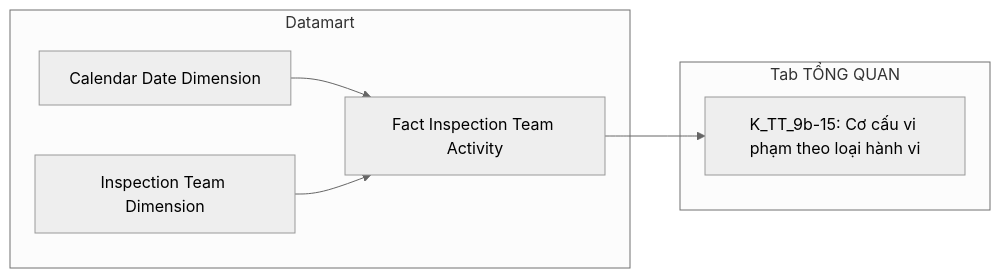
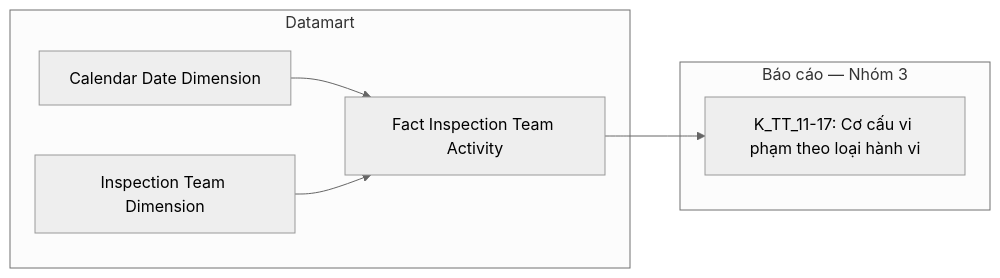
One commit to linhlvit/ubck_atomic_design changed diagram 17 of 50 in Datamart/hld/DTM_TT_HLD.md. Above: the diagram before and after it, drawn with Mermaid (neutral theme). The commit also changed other lines of this file and 26 other files, not shown here.

````diff
--- a/Datamart/hld/DTM_TT_HLD.md
+++ b/Datamart/hld/DTM_TT_HLD.md
@@ -594,14 +597,14 @@
 ```mermaid
 flowchart LR
     subgraph Datamart["Datamart"]
         G1["Fact Inspection Team Activity"]
         G2["Calendar Date Dimension"]
         G3["Inspection Team Dimension"]
     end
-    subgraph RPT["Tab TỔNG QUAN"]
-        R1["K_TT_9b-15: Cơ cấu vi phạm theo loại hành vi"]
+    subgraph RPT["Báo cáo — Nhóm 3"]
+        R1["K_TT_11-17: Cơ cấu vi phạm theo loại hành vi"]
     end
     G2 --> G1
     G3 --> G1
     G1 --> R1
 ```
````
